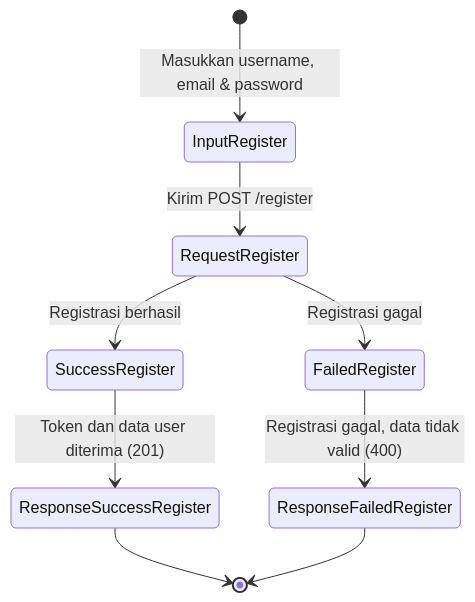
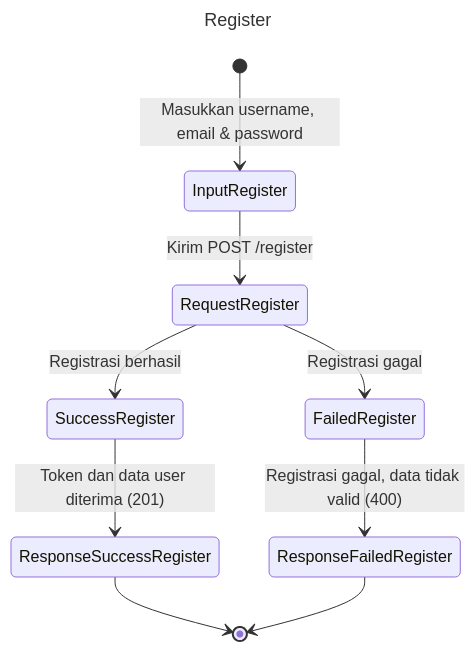
One commit to lifrmn/LABBAKCEND changed the second of 4 diagrams in README.md. Above: the diagram before and after it, drawn with Mermaid. The commit also changed other lines of this file, not shown here.

Commit message:
README.md

`````diff
--- a/README.md
+++ b/README.md
@@ -153,11 +153,14 @@
 ````mermaid
+---
+title: Register
+---
 stateDiagram-v2
     [*] --> InputRegister : Masukkan username, email & password
     InputRegister --> RequestRegister : Kirim POST /register
     RequestRegister --> SuccessRegister : Registrasi berhasil
     RequestRegister --> FailedRegister : Registrasi gagal
     SuccessRegister --> ResponseSuccessRegister : Token dan data user diterima (201)
     FailedRegister --> ResponseFailedRegister : Registrasi gagal, data tidak valid (400)
     ResponseSuccessRegister --> [*]
     ResponseFailedRegister --> [*]
 ````
`````
